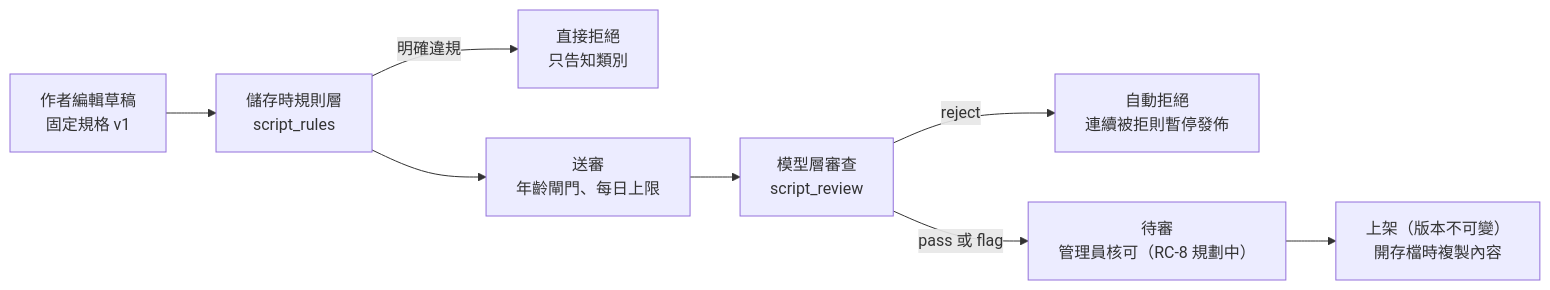
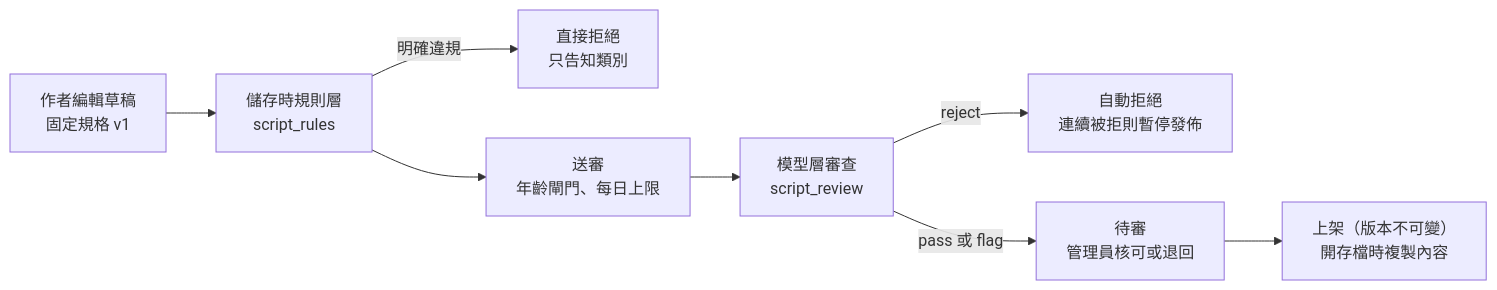
One commit to pp466pp466/R.A.C changed diagram 15 of 18 in docs/2.0簡報.md. Above: the diagram before and after it, drawn with Mermaid. The commit also changed other lines of this file and 10 other files, not shown here.

````diff
--- a/docs/2.0簡報.md
+++ b/docs/2.0簡報.md
@@ -750,10 +756,10 @@
 ```mermaid
 flowchart LR
     W["作者編輯草稿<br/>固定規格 v1"] --> Rules["儲存時規則層<br/>script_rules"]
     Rules -->|"明確違規"| Rej["直接拒絕<br/>只告知類別"]
     Rules --> Sub["送審<br/>年齡閘門、每日上限"]
     Sub --> Model["模型層審查<br/>script_review"]
     Model -->|"reject"| Rej2["自動拒絕<br/>連續被拒則暫停發佈"]
-    Model -->|"pass 或 flag"| Pend["待審<br/>管理員核可（RC-8 規劃中）"]
+    Model -->|"pass 或 flag"| Pend["待審<br/>管理員核可或退回"]
     Pend --> Pub["上架（版本不可變）<br/>開存檔時複製內容"]
 ```
````
